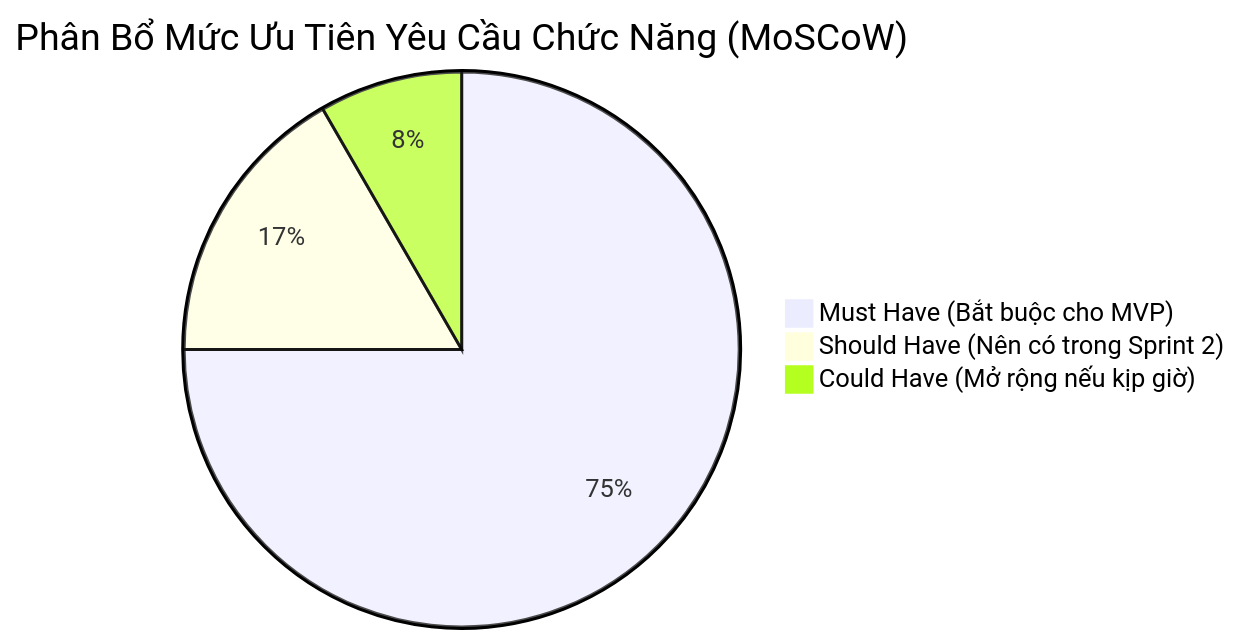
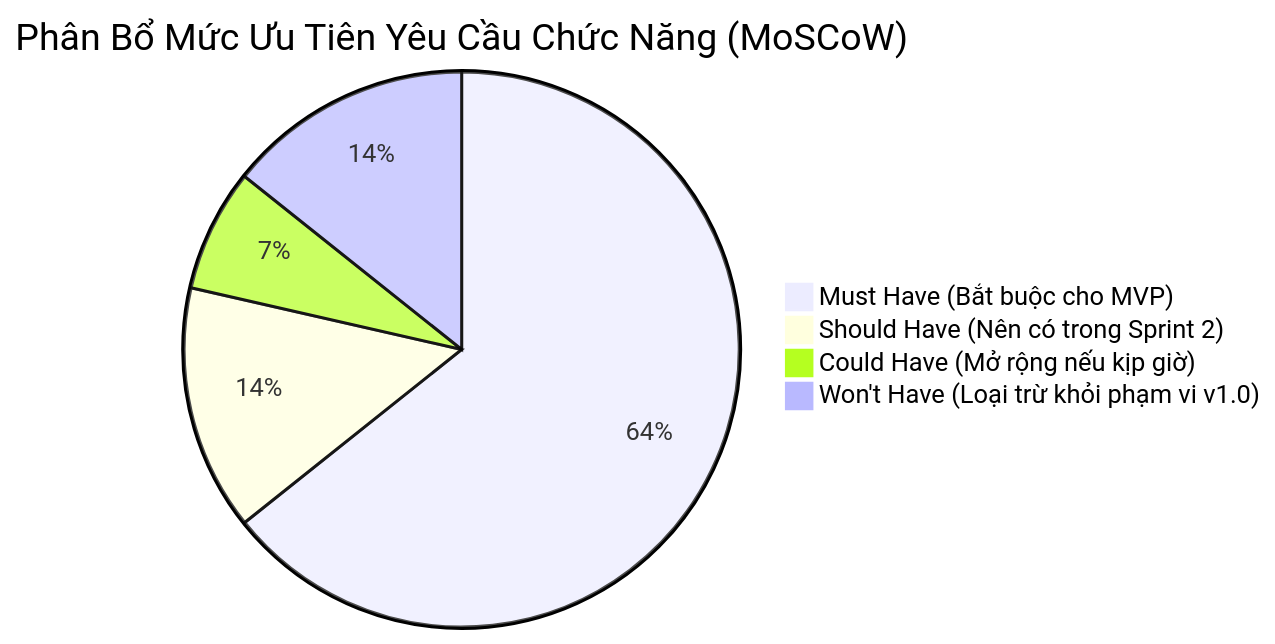
Before and after one commit to nphat-code/swe-project: the second of 2 diagrams in docs/requirements/system-requirements-matrix.md, drawn with Mermaid. The commit also changed other lines of this file and 1 other file, not shown here.

````diff
--- a/docs/requirements/system-requirements-matrix.md
+++ b/docs/requirements/system-requirements-matrix.md
@@ -138,6 +160,7 @@
 ```mermaid
 pie title Phân Bổ Mức Ưu Tiên Yêu Cầu Chức Năng (MoSCoW)
     "Must Have (Bắt buộc cho MVP)" : 9
     "Should Have (Nên có trong Sprint 2)" : 2
     "Could Have (Mở rộng nếu kịp giờ)" : 1
+    "Won't Have (Loại trừ khỏi phạm vi v1.0)" : 2
 ```
````
